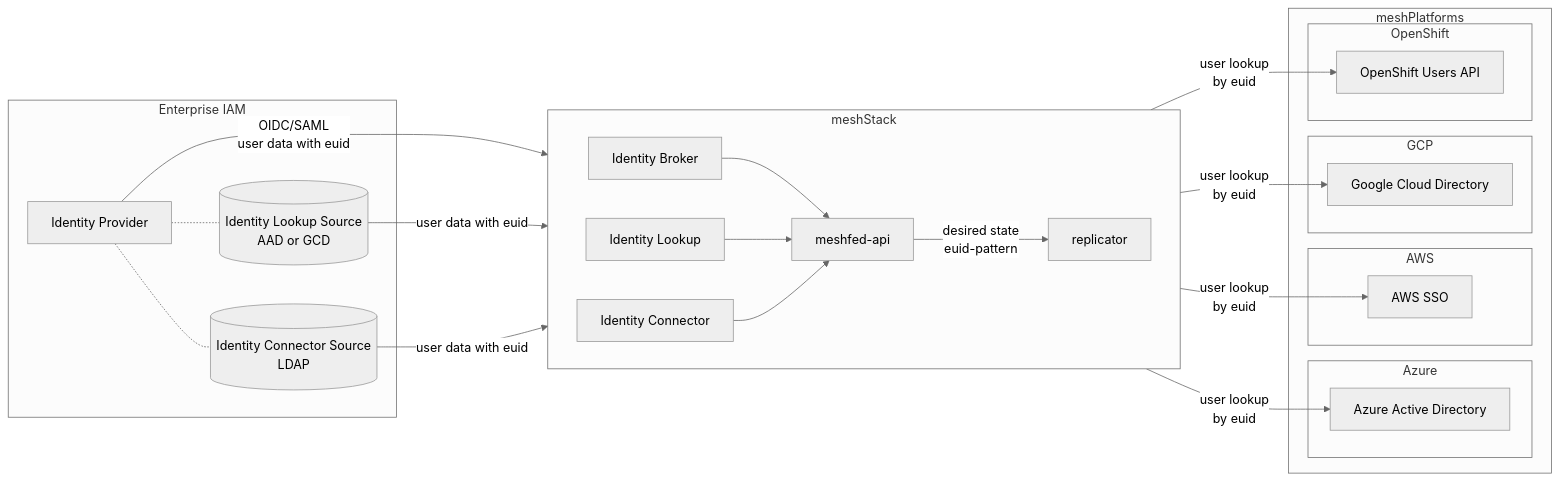
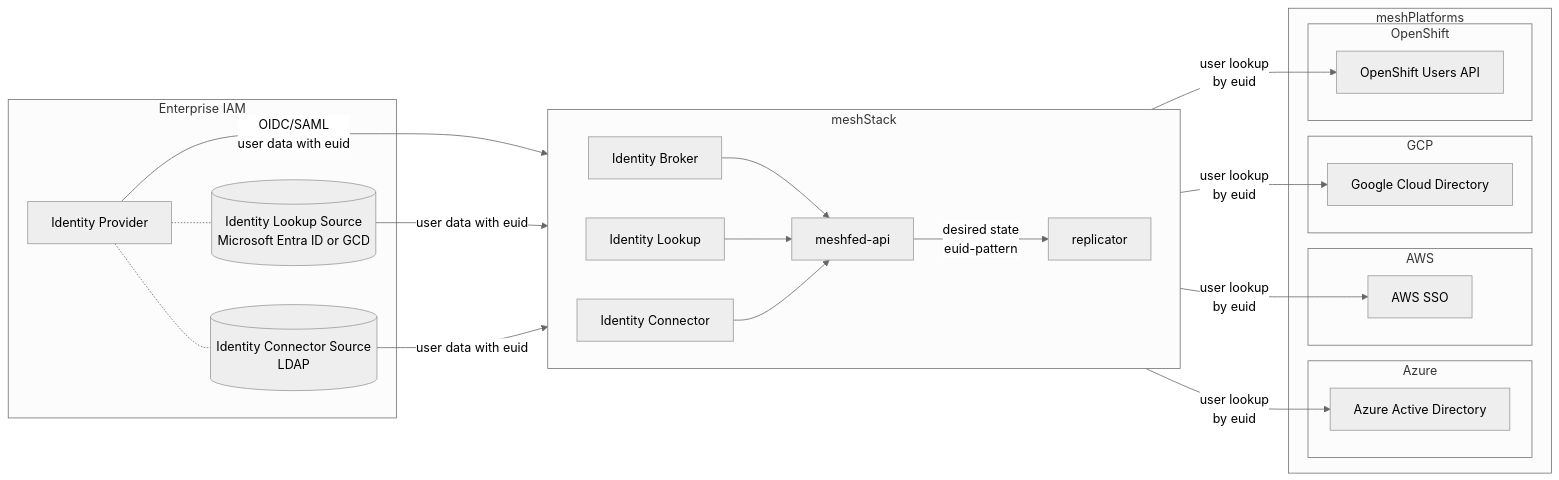
Before and after one commit to meshcloud/meshcloud-docs: the fourth of 4 diagrams in docs/meshstack.identity-federation.md, drawn with Mermaid (neutral theme). The commit also changed other lines of this file and 13 other files, not shown here.

Commit message:
Complete replacement of AAD with Microsoft Entra ID in documentation

````diff
--- a/docs/meshstack.identity-federation.md
+++ b/docs/meshstack.identity-federation.md
@@ -159,44 +159,44 @@
 ```mermaid
 graph LR;
     subgraph Enterprise IAM
       IdP["Identity Provider"];
-      IdLSource[(Identity Lookup Source<br>AAD or GCD)]
+      IdLSource[(Identity Lookup Source<br>Microsoft Entra ID or GCD)]
       IdCSource[(Identity Connector Source<br>LDAP)]
       IdP["Identity Provider"]-.-IdLSource
       IdP["Identity Provider"]-.-IdCSource
     end
     subgraph meshStack
       direction LR;
       IdB["Identity Broker"]-->meshfed;
       IdL["Identity Lookup"]-->meshfed;
       IdC["Identity Connector"]-->meshfed;
       meshfed[meshfed-api]--desired state<br>euid-pattern-->replicator;
       replicator[replicator];
     end
     IdP--OIDC/SAML<br>user data with euid-->IdB
     IdLSource--user data with euid-->IdL
     IdCSource--user data with euid-->IdC
     subgraph Azure
       aad["Azure Active Directory"];
     end
     subgraph AWS
       awssso["AWS SSO"];
     end
     subgraph GCP
       gcd["Google Cloud Directory"];
     end
     subgraph OpenShift
       openshift["OpenShift Users API"];
     end
     subgraph meshPlatforms
       Azure;
       AWS;
       GCP;
       GCP;
       OpenShift;
     end
     replicator--user lookup<br>by euid-->aad;
     replicator--user lookup<br>by euid-->awssso;
     replicator--user lookup<br>by euid-->gcd;
     replicator--user lookup<br>by euid-->openshift;
 ```
````
